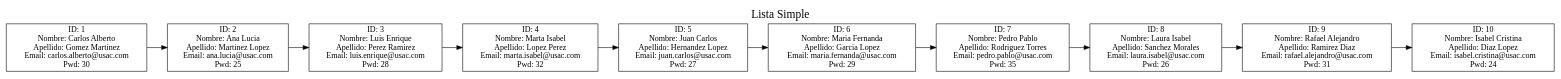
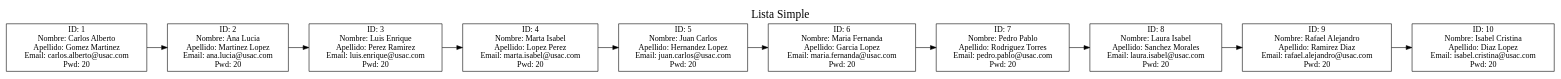
Before and after one commit to CarlosdelCidUSAC/EDD-1S2025_202300625: the diagram in Fase2/bin/Debug/net9.0/reportedot/lista_simple.dot, drawn with Graphviz. The commit also changed 22 other files, not shown here.

```diff
--- a/Fase2/bin/Debug/net9.0/reportedot/lista_simple.dot
+++ b/Fase2/bin/Debug/net9.0/reportedot/lista_simple.dot
@@ -1,26 +1,26 @@
 digraph G {
   rankdir=LR;
   node [shape=record, height=.1];
   label="Lista Simple";
   labelloc=top;
   fontsize=20;
-node0 [label="{ID: 1\nNombre: Carlos Alberto\nApellido: Gomez Martinez\nEmail: carlos.alberto@usac.com\nPwd: 30}"]
-node1 [label="{ID: 2\nNombre: Ana Lucia\nApellido: Martinez Lopez\nEmail: ana.lucia@usac.com\nPwd: 25}"]
-node2 [label="{ID: 3\nNombre: Luis Enrique\nApellido: Perez Ramirez\nEmail: luis.enrique@usac.com\nPwd: 28}"]
-node3 [label="{ID: 4\nNombre: Marta Isabel\nApellido: Lopez Perez\nEmail: marta.isabel@usac.com\nPwd: 32}"]
-node4 [label="{ID: 5\nNombre: Juan Carlos\nApellido: Hernandez Lopez\nEmail: juan.carlos@usac.com\nPwd: 27}"]
-node5 [label="{ID: 6\nNombre: Maria Fernanda\nApellido: Garcia Lopez\nEmail: maria.fernanda@usac.com\nPwd: 29}"]
-node6 [label="{ID: 7\nNombre: Pedro Pablo\nApellido: Rodriguez Torres\nEmail: pedro.pablo@usac.com\nPwd: 35}"]
-node7 [label="{ID: 8\nNombre: Laura Isabel\nApellido: Sanchez Morales\nEmail: laura.isabel@usac.com\nPwd: 26}"]
-node8 [label="{ID: 9\nNombre: Rafael Alejandro\nApellido: Ramirez Diaz\nEmail: rafael.alejandro@usac.com\nPwd: 31}"]
-node9 [label="{ID: 10\nNombre: Isabel Cristina\nApellido: Diaz Lopez\nEmail: isabel.cristina@usac.com\nPwd: 24}"]
+node0 [label="{ID: 1\nNombre: Carlos Alberto\nApellido: Gomez Martinez\nEmail: carlos.alberto@usac.com\nPwd: 20}"]
+node1 [label="{ID: 2\nNombre: Ana Lucia\nApellido: Martinez Lopez\nEmail: ana.lucia@usac.com\nPwd: 20}"]
+node2 [label="{ID: 3\nNombre: Luis Enrique\nApellido: Perez Ramirez\nEmail: luis.enrique@usac.com\nPwd: 20}"]
+node3 [label="{ID: 4\nNombre: Marta Isabel\nApellido: Lopez Perez\nEmail: marta.isabel@usac.com\nPwd: 20}"]
+node4 [label="{ID: 5\nNombre: Juan Carlos\nApellido: Hernandez Lopez\nEmail: juan.carlos@usac.com\nPwd: 20}"]
+node5 [label="{ID: 6\nNombre: Maria Fernanda\nApellido: Garcia Lopez\nEmail: maria.fernanda@usac.com\nPwd: 20}"]
+node6 [label="{ID: 7\nNombre: Pedro Pablo\nApellido: Rodriguez Torres\nEmail: pedro.pablo@usac.com\nPwd: 20}"]
+node7 [label="{ID: 8\nNombre: Laura Isabel\nApellido: Sanchez Morales\nEmail: laura.isabel@usac.com\nPwd: 20}"]
+node8 [label="{ID: 9\nNombre: Rafael Alejandro\nApellido: Ramirez Diaz\nEmail: rafael.alejandro@usac.com\nPwd: 20}"]
+node9 [label="{ID: 10\nNombre: Isabel Cristina\nApellido: Diaz Lopez\nEmail: isabel.cristina@usac.com\nPwd: 20}"]
 node0 -> node1;
 node1 -> node2;
 node2 -> node3;
 node3 -> node4;
 node4 -> node5;
 node5 -> node6;
 node6 -> node7;
 node7 -> node8;
 node8 -> node9;
 }
```
